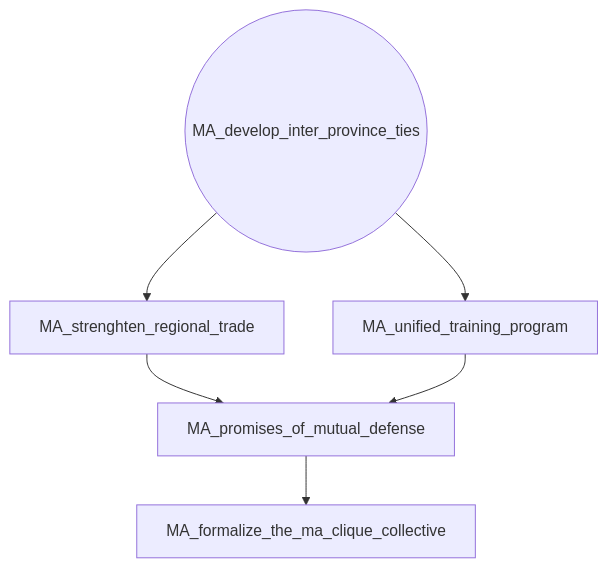
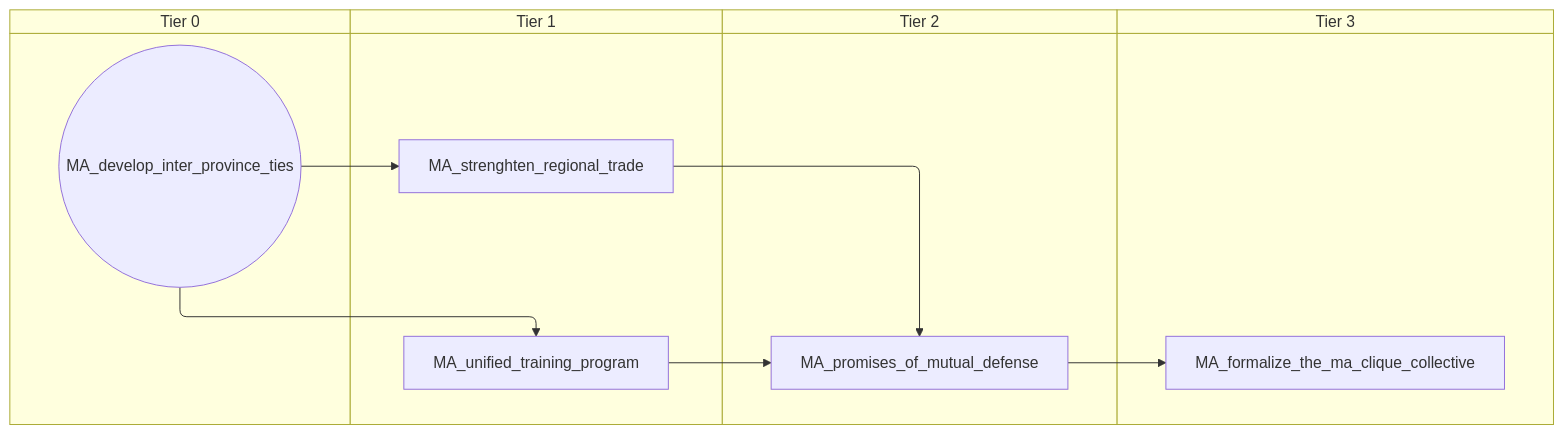
One commit to evgeny-sobol/hoi4-sandbox-mode changed the diagram in docs/gdd/National Focuses/ncns_ma_clique_joint_branch.md. Above: the diagram before and after it, drawn with Mermaid. The commit also changed 80 other files, not shown here.

First line of the commit message:
Add swimlane mode to focus graph exporter

````diff
--- a/docs/gdd/National Focuses/ncns_ma_clique_joint_branch.md
+++ b/docs/gdd/National Focuses/ncns_ma_clique_joint_branch.md
@@ -3,13 +3,21 @@
 ```mermaid
-flowchart TD
-    n1(("MA_develop_inter_province_ties"))
-    n2["MA_formalize_the_ma_clique_collective"]
-    n3["MA_promises_of_mutual_defense"]
-    n4["MA_strenghten_regional_trade"]
-    n5["MA_unified_training_program"]
-    n3 --> n2
-    n4 --> n3
-    n5 --> n3
-    n1 --> n4
-    n1 --> n5
+swimlane-beta TD
+    subgraph tier_0["Tier 0"]
+        n1(("MA_develop_inter_province_ties"))
+    end
+    subgraph tier_1["Tier 1"]
+        n2["MA_strenghten_regional_trade"]
+        n3["MA_unified_training_program"]
+    end
+    subgraph tier_2["Tier 2"]
+        n4["MA_promises_of_mutual_defense"]
+    end
+    subgraph tier_3["Tier 3"]
+        n5["MA_formalize_the_ma_clique_collective"]
+    end
+    n4 --> n5
+    n2 --> n4
+    n3 --> n4
+    n1 --> n2
+    n1 --> n3
 ```
````
